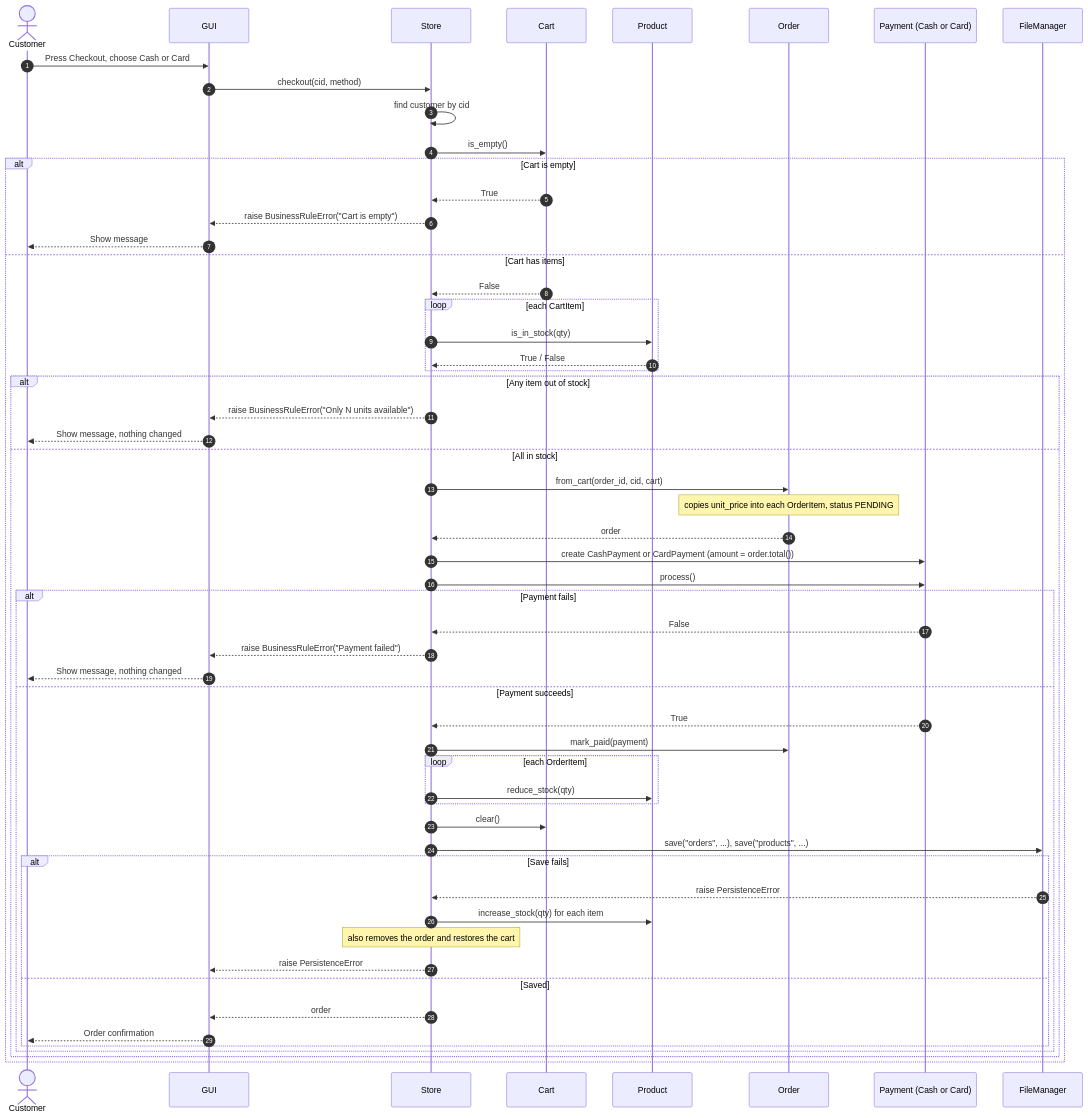
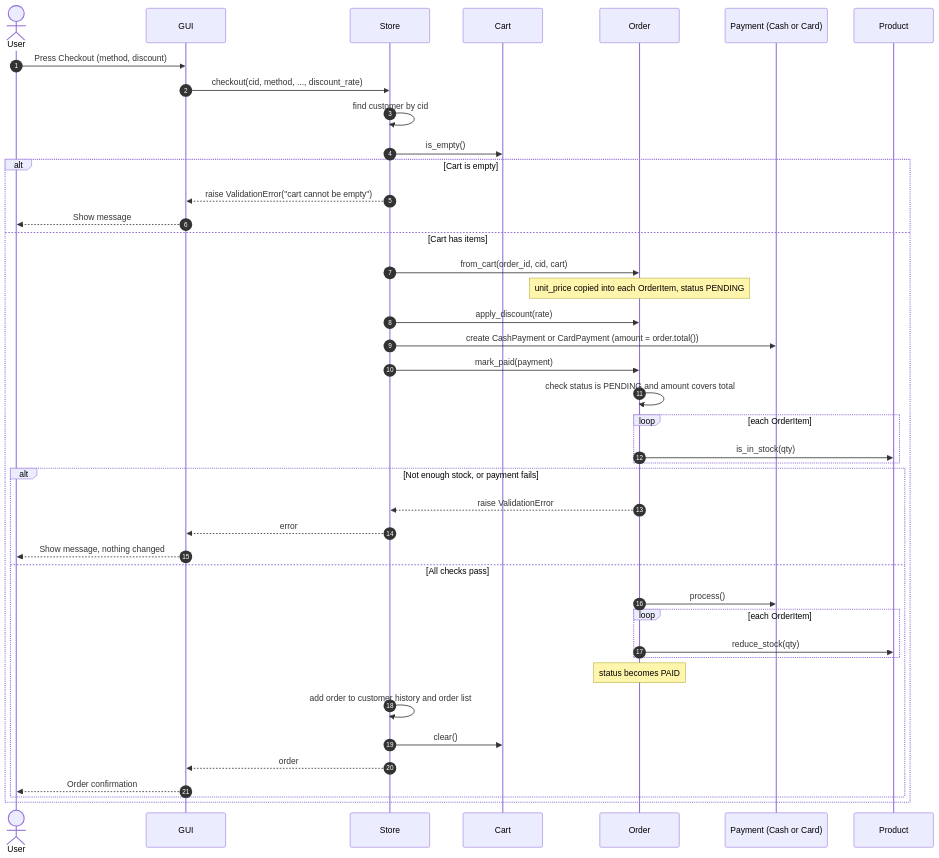
Before and after one commit to NeGaT1Vee/Small-E-Commerce-System: the second of 3 diagrams in README.md, drawn with Mermaid. The commit also changed other lines of this file, not shown here.

````diff
--- a/README.md
+++ b/README.md
@@ -251,61 +260,46 @@
 ```mermaid
 sequenceDiagram
     autonumber
-    actor Customer
+    actor User
     participant GUI
     participant Store
     participant Cart
-    participant Product
     participant Order
     participant Pay as Payment (Cash or Card)
-    participant FM as FileManager
-
-    Customer->>GUI: Press Checkout, choose Cash or Card
-    GUI->>Store: checkout(cid, method)
+    participant Product
+ 
+    User->>GUI: Press Checkout (method, discount)
+    GUI->>Store: checkout(cid, method, ..., discount_rate)
     Store->>Store: find customer by cid
     Store->>Cart: is_empty()
-
+ 
     alt Cart is empty
-        Cart-->>Store: True
-        Store-->>GUI: raise BusinessRuleError("Cart is empty")
-        GUI-->>Customer: Show message
+        Store-->>GUI: raise ValidationError("cart cannot be empty")
+        GUI-->>User: Show message
     else Cart has items
-        Cart-->>Store: False
-        loop each CartItem
-            Store->>Product: is_in_stock(qty)
-            Product-->>Store: True / False
+        Store->>Order: from_cart(order_id, cid, cart)
+        Note over Order: unit_price copied into each OrderItem, status PENDING
+        Store->>Order: apply_discount(rate)
+        Store->>Pay: create CashPayment or CardPayment (amount = order.total())
+        Store->>Order: mark_paid(payment)
+        Order->>Order: check status is PENDING and amount covers total
+        loop each OrderItem
+            Order->>Product: is_in_stock(qty)
         end
-        alt Any item out of stock
-            Store-->>GUI: raise BusinessRuleError("Only N units available")
-            GUI-->>Customer: Show message, nothing changed
-        else All in stock
-            Store->>Order: from_cart(order_id, cid, cart)
-            Note over Order: copies unit_price into each OrderItem, status PENDING
-            Order-->>Store: order
-            Store->>Pay: create CashPayment or CardPayment (amount = order.total())
-            Store->>Pay: process()
-            alt Payment fails
-                Pay-->>Store: False
-                Store-->>GUI: raise BusinessRuleError("Payment failed")
-                GUI-->>Customer: Show message, nothing changed
-            else Payment succeeds
-                Pay-->>Store: True
-                Store->>Order: mark_paid(payment)
-                loop each OrderItem
-                    Store->>Product: reduce_stock(qty)
-                end
-                Store->>Cart: clear()
-                Store->>FM: save("orders", ...), save("products", ...)
-                alt Save fails
-                    FM-->>Store: raise PersistenceError
-                    Store->>Product: increase_stock(qty) for each item
-                    Note over Store: also removes the order and restores the cart
-                    Store-->>GUI: raise PersistenceError
-                else Saved
-                    Store-->>GUI: order
-                    GUI-->>Customer: Order confirmation
-                end
+        alt Not enough stock, or payment fails
+            Order-->>Store: raise ValidationError
+            Store-->>GUI: error
+            GUI-->>User: Show message, nothing changed
+        else All checks pass
+            Order->>Pay: process()
+            loop each OrderItem
+                Order->>Product: reduce_stock(qty)
             end
+            Note over Order: status becomes PAID
+            Store->>Store: add order to customer history and order list
+            Store->>Cart: clear()
+            Store-->>GUI: order
+            GUI-->>User: Order confirmation
         end
     end
 ```
````
